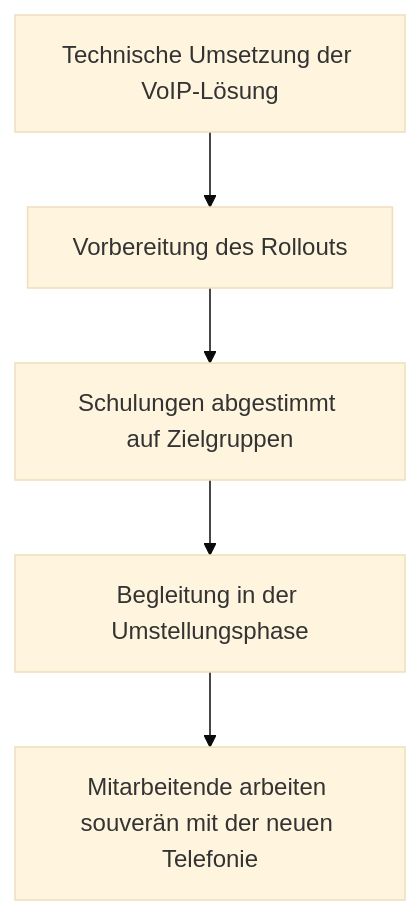
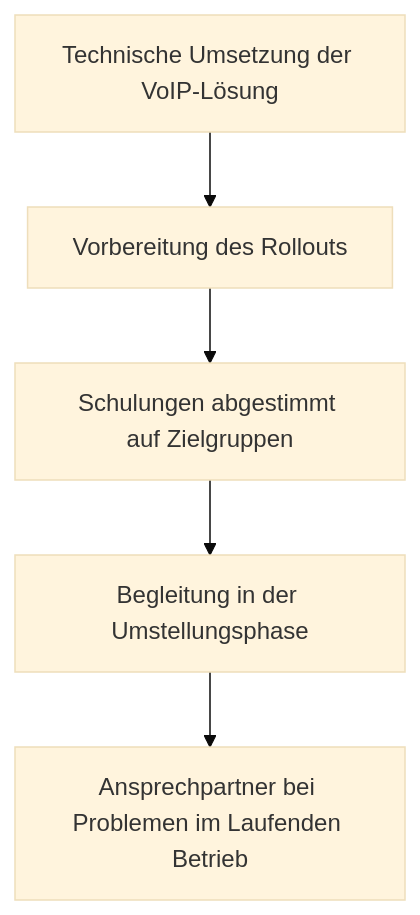
The diagram in projects/05-voip-einfuehrung/README.md (AnnetteKornmann/AnnetteKornmann), drawn with Mermaid (base theme) before and after one commit. The commit also changed other lines of this file, not shown here.

````diff
--- a/projects/05-voip-einfuehrung/README.md
+++ b/projects/05-voip-einfuehrung/README.md
@@ -21,7 +21,7 @@
 ```mermaid
 flowchart TD
     A["Technische Umsetzung der VoIP-Lösung"] --> B["Vorbereitung des Rollouts"]
     B --> C["Schulungen abgestimmt auf Zielgruppen"]
     C --> D["Begleitung in der Umstellungsphase"]
-    D --> E["Mitarbeitende arbeiten souverän mit der neuen Telefonie"]
+    D --> E["Ansprechpartner bei Problemen im Laufenden Betrieb"]
 ```
````
